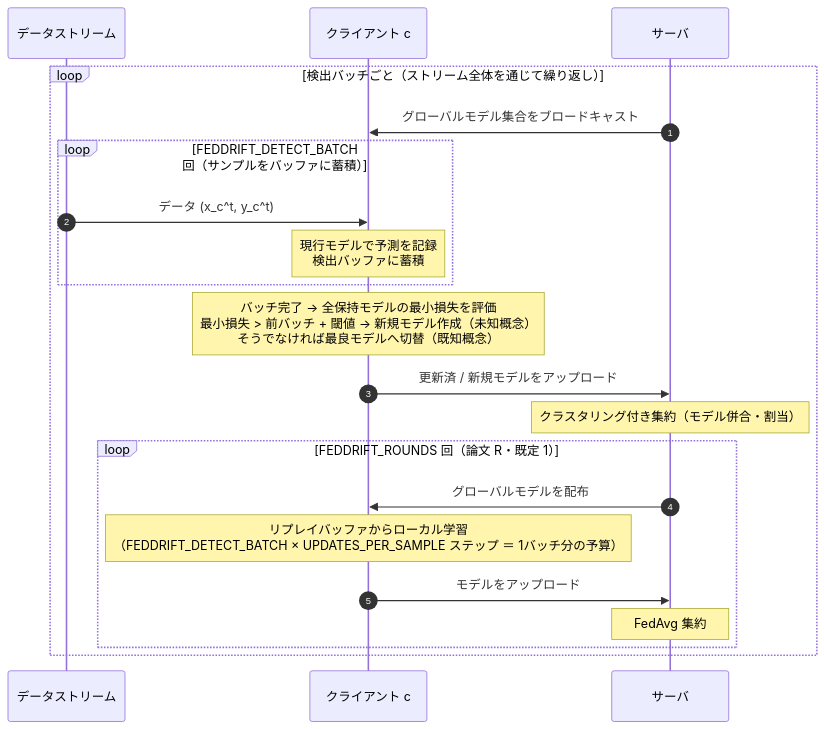
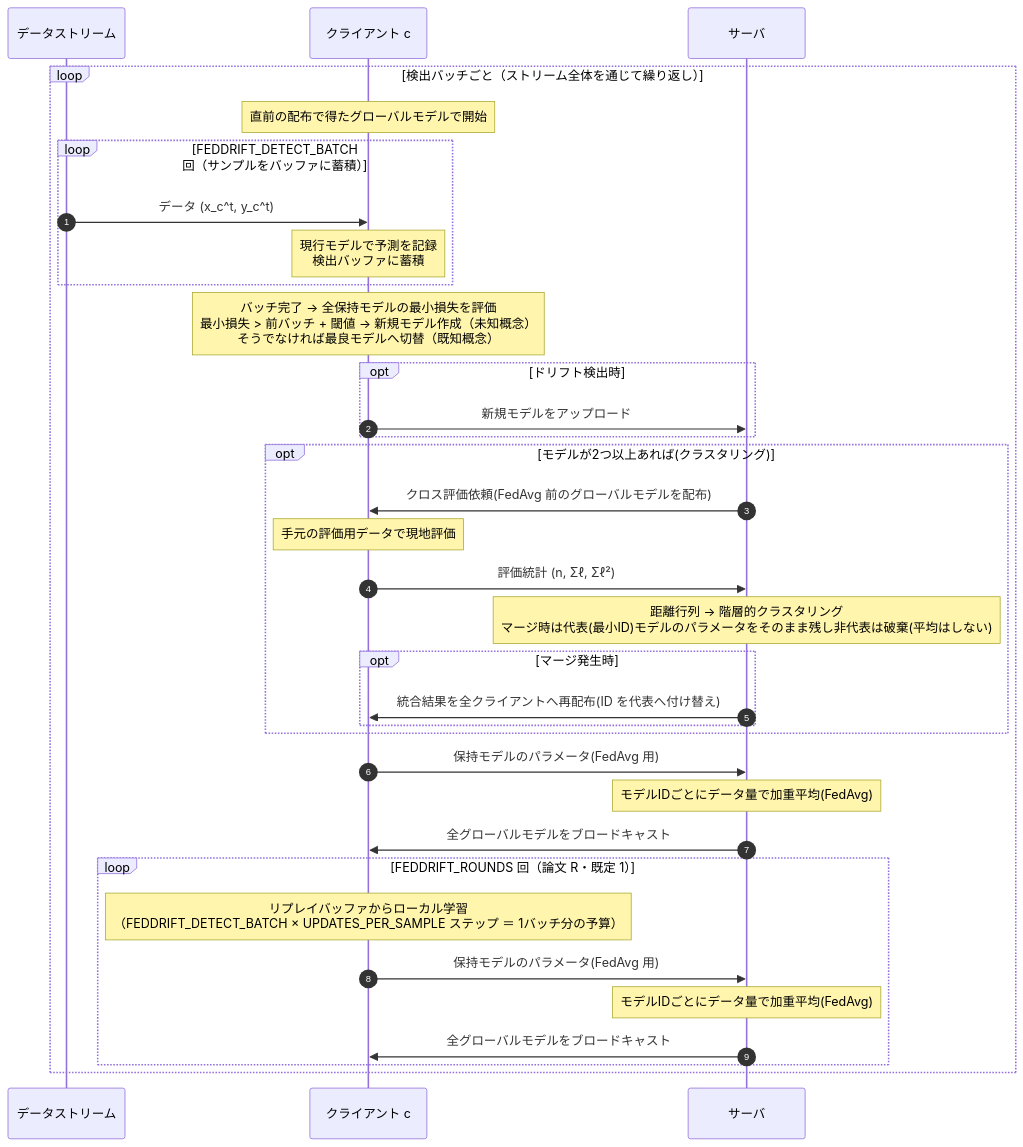
Before and after one commit to shimmen3141/FedSDA-experiment: the fourth of 4 diagrams in docs/sequence-diagrams.md, drawn with Mermaid. The commit also changed other lines of this file, not shown here.

First line of the commit message:
@ docs: シーケンス図をレビューに基づき実装の通信に忠実化

````diff
--- a/docs/sequence-diagrams.md
+++ b/docs/sequence-diagrams.md
@@ -127,28 +192,41 @@
 ```mermaid
 sequenceDiagram
     autonumber
     participant D as データストリーム
     participant C as クライアント c
     participant S as サーバ
 
     loop 検出バッチごと（ストリーム全体を通じて繰り返し）
-
-        S->>C: グローバルモデル集合をブロードキャスト
+        Note over C: 直前の配布で得たグローバルモデルで開始
 
         loop FEDDRIFT_DETECT_BATCH 回（サンプルをバッファに蓄積）
             D->>C: データ (x_c^t, y_c^t)
             Note over C: 現行モデルで予測を記録<br/>検出バッファに蓄積
         end
 
         Note over C: バッチ完了 → 全保持モデルの最小損失を評価<br/>最小損失 > 前バッチ + 閾値 → 新規モデル作成（未知概念）<br/>そうでなければ最良モデルへ切替（既知概念）
-        C->>S: 更新済 / 新規モデルをアップロード
-        Note over S: クラスタリング付き集約（モデル併合・割当）
+
+        opt ドリフト検出時
+            C->>S: 新規モデルをアップロード
+        end
+        opt モデルが2つ以上あれば(クラスタリング)
+            S->>C: クロス評価依頼(FedAvg 前のグローバルモデルを配布)
+            Note over C: 手元の評価用データで現地評価
+            C->>S: 評価統計 (n, Σℓ, Σℓ²)
+            Note over S: 距離行列 → 階層的クラスタリング<br/>マージ時は代表(最小ID)モデルのパラメータをそのまま残し非代表は破棄(平均はしない)
+            opt マージ発生時
+                S->>C: 統合結果を全クライアントへ再配布(ID を代表へ付け替え)
+            end
+        end
+        C->>S: 保持モデルのパラメータ(FedAvg 用)
+        Note over S: モデルIDごとにデータ量で加重平均(FedAvg)
+        S->>C: 全グローバルモデルをブロードキャスト
 
         loop FEDDRIFT_ROUNDS 回（論文 R・既定 1）
-            S->>C: グローバルモデルを配布
             Note over C: リプレイバッファからローカル学習<br/>（FEDDRIFT_DETECT_BATCH × UPDATES_PER_SAMPLE ステップ ＝ 1バッチ分の予算）
-            C->>S: モデルをアップロード
-            Note over S: FedAvg 集約
+            C->>S: 保持モデルのパラメータ(FedAvg 用)
+            Note over S: モデルIDごとにデータ量で加重平均(FedAvg)
+            S->>C: 全グローバルモデルをブロードキャスト
         end
     end
 ```
````
